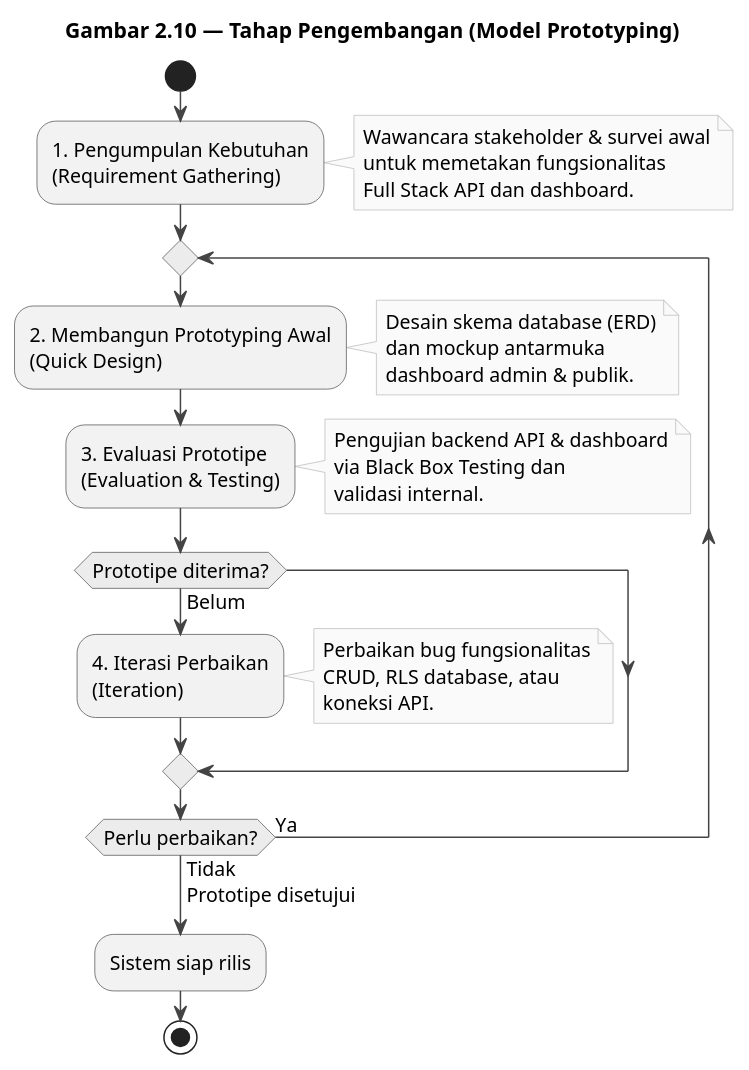
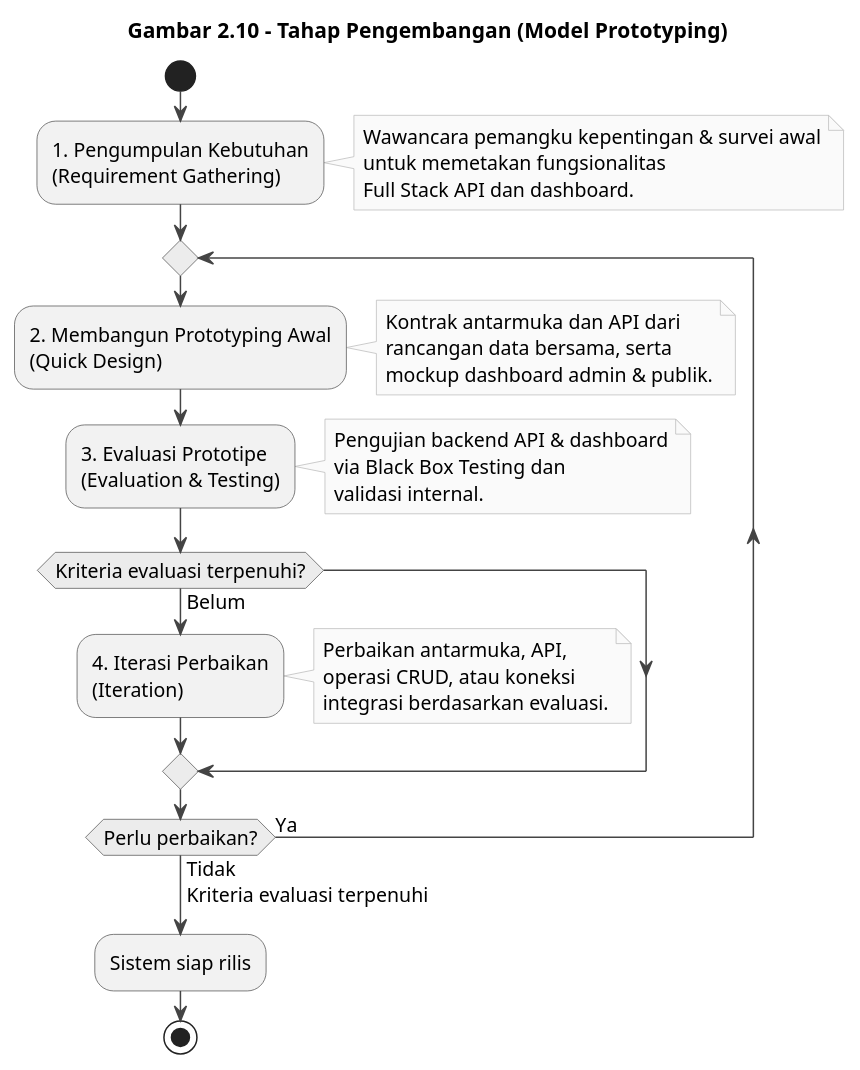
Before and after one commit to Jokskuyy/workflow-ta-proyek: the diagram in diagrams/gambar-2.10-tahap-pengembangan.puml, drawn with PlantUML. The commit also changed 99 other files, not shown here.

```diff
--- a/diagrams/gambar-2.10-tahap-pengembangan.puml
+++ b/diagrams/gambar-2.10-tahap-pengembangan.puml
@@ -1,58 +1,58 @@
 @startuml gambar-2-10-tahap-pengembangan
 ' Gambar 2.10 - Tahap Pengembangan (Model Prototyping, iteratif)
 ' Sumber: BAB II - 2.3.1 Rencana Pengembangan
 
 skinparam backgroundColor #FFFFFF
 skinparam shadowing false
 skinparam defaultFontName "Segoe UI"
 skinparam defaultFontSize 13
 skinparam ArrowColor #444444
 skinparam ActivityBorderColor #555555
 skinparam ActivityBackgroundColor #F2F2F2
 skinparam ActivityDiamondBackgroundColor #ECECEC
 skinparam ActivityDiamondBorderColor #555555
 skinparam NoteBackgroundColor #FAFAFA
 skinparam NoteBorderColor #BBBBBB
 
-title Gambar 2.10 — Tahap Pengembangan (Model Prototyping)
+title Gambar 2.10 - Tahap Pengembangan (Model Prototyping)
 
 start
 
 :1. Pengumpulan Kebutuhan\n(Requirement Gathering);
 note right
-  Wawancara stakeholder & survei awal
+  Wawancara pemangku kepentingan & survei awal
   untuk memetakan fungsionalitas
   Full Stack API dan dashboard.
 end note
 
 repeat
   :2. Membangun Prototyping Awal\n(Quick Design);
   note right
-    Desain skema database (ERD)
-    dan mockup antarmuka
-    dashboard admin & publik.
+    Kontrak antarmuka dan API dari
+    rancangan data bersama, serta
+    mockup dashboard admin & publik.
   end note
 
   :3. Evaluasi Prototipe\n(Evaluation & Testing);
   note right
     Pengujian backend API & dashboard
     via Black Box Testing dan
     validasi internal.
   end note
 
-  if (Prototipe diterima?) then (Belum)
+  if (Kriteria evaluasi terpenuhi?) then (Belum)
     :4. Iterasi Perbaikan\n(Iteration);
     note right
-      Perbaikan bug fungsionalitas
-      CRUD, RLS database, atau
-      koneksi API.
+      Perbaikan antarmuka, API,
+      operasi CRUD, atau koneksi
+      integrasi berdasarkan evaluasi.
     end note
   endif
 repeat while (Perlu perbaikan?) is (Ya) not (Tidak)
-->Prototipe disetujui;
+->Kriteria evaluasi terpenuhi;
 
 :Sistem siap rilis;
 
 stop
 
 @enduml
```
